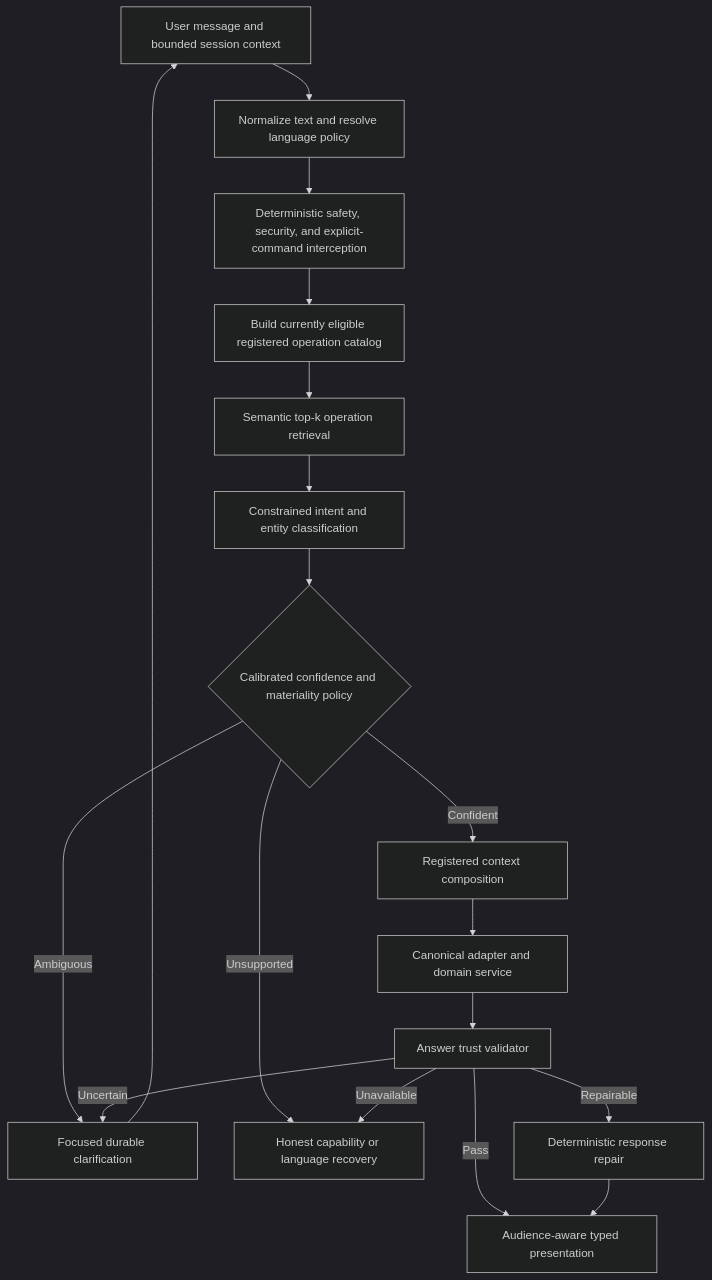
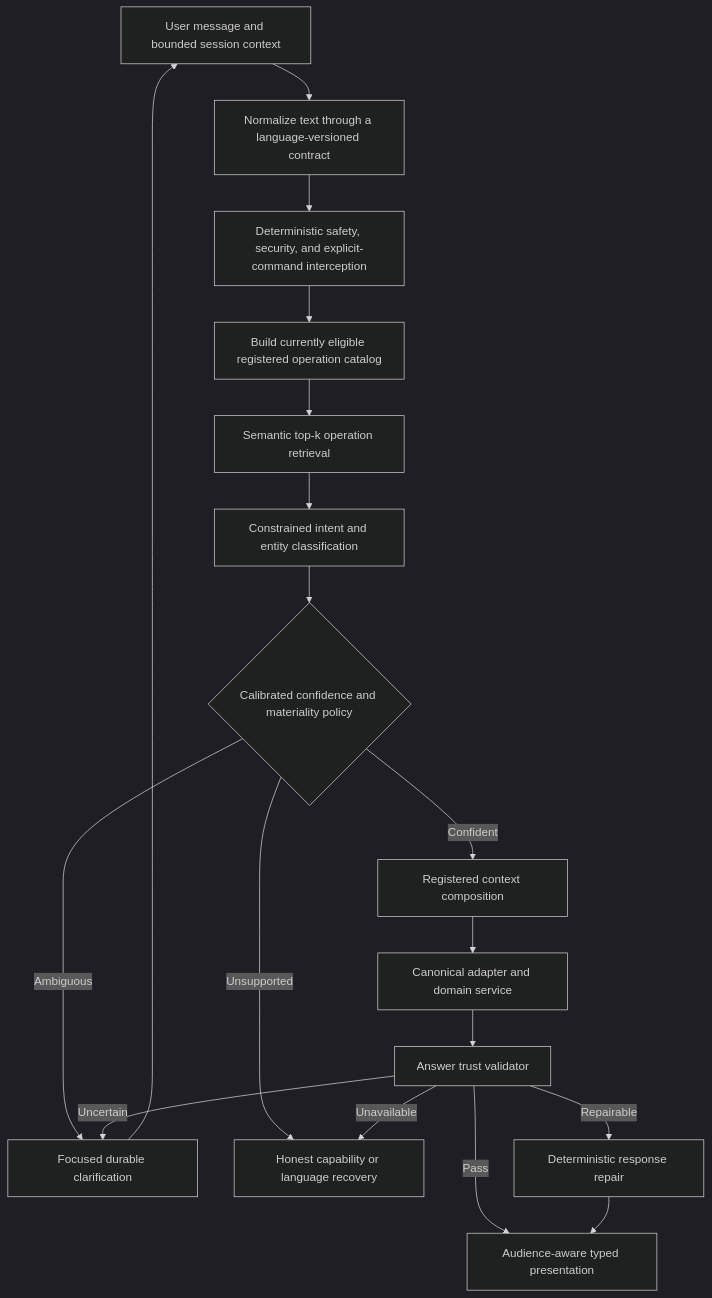
One commit to madhuboyin/contract-to-cozy1 changed the diagram in docs/product/AI_HOME_CONCIERGE_ASK_TRUST_ARCHITECTURE_ADDENDUM_FRD.md. Above: the diagram before and after it, drawn with Mermaid (dark theme). The commit also changed other lines of this file, not shown here.

````diff
--- a/docs/product/AI_HOME_CONCIERGE_ASK_TRUST_ARCHITECTURE_ADDENDUM_FRD.md
+++ b/docs/product/AI_HOME_CONCIERGE_ASK_TRUST_ARCHITECTURE_ADDENDUM_FRD.md
@@ -294,20 +295,20 @@
 ```mermaid
 flowchart TD
-    INPUT["User message and bounded session context"] --> NORMALIZE["Normalize text and resolve language policy"]
+    INPUT["User message and bounded session context"] --> NORMALIZE["Normalize text through a language-versioned contract"]
     NORMALIZE --> SAFETY["Deterministic safety, security, and explicit-command interception"]
     SAFETY --> ELIGIBLE["Build currently eligible registered operation catalog"]
     ELIGIBLE --> RETRIEVE["Semantic top-k operation retrieval"]
     RETRIEVE --> CLASSIFY["Constrained intent and entity classification"]
     CLASSIFY --> DECIDE{"Calibrated confidence and materiality policy"}
     DECIDE -->|Confident| CONTEXT["Registered context composition"]
     DECIDE -->|Ambiguous| CLARIFY["Focused durable clarification"]
     DECIDE -->|Unsupported| RECOVER["Honest capability or language recovery"]
     CONTEXT --> EXECUTE["Canonical adapter and domain service"]
     EXECUTE --> VALIDATE["Answer trust validator"]
     VALIDATE -->|Pass| PRESENT["Audience-aware typed presentation"]
     VALIDATE -->|Repairable| REPAIR["Deterministic response repair"]
     VALIDATE -->|Uncertain| CLARIFY
     VALIDATE -->|Unavailable| RECOVER
     REPAIR --> PRESENT
     CLARIFY --> INPUT
 ```
````
